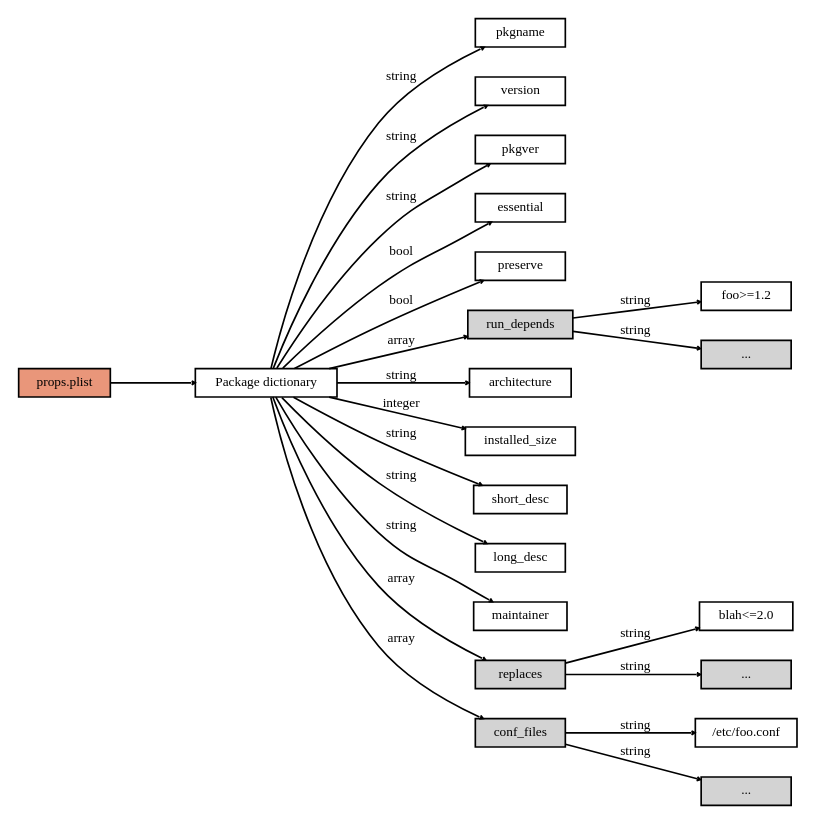
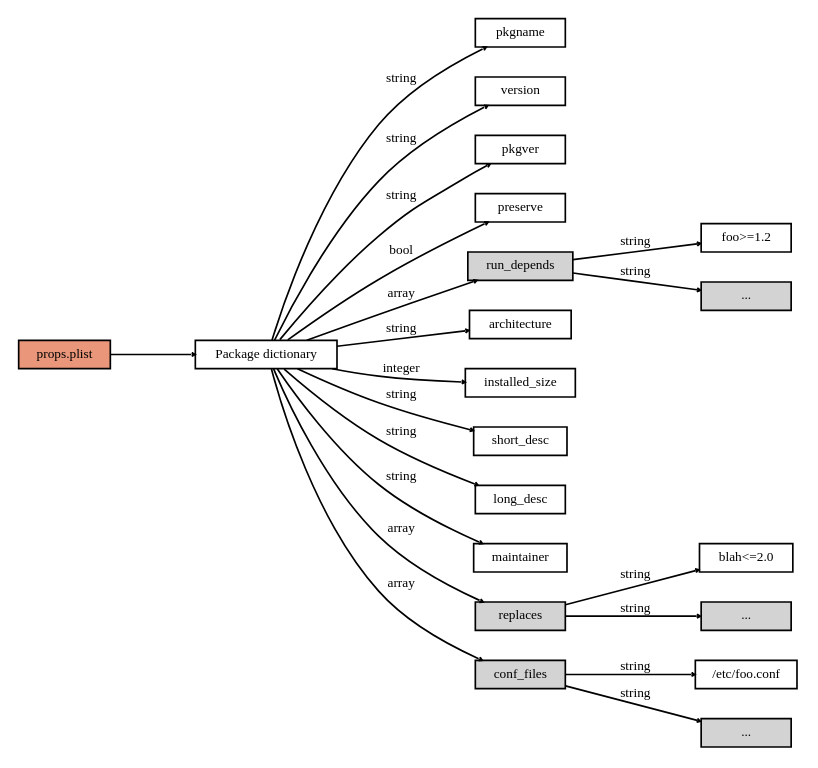
Before and after one commit to void-linux/xbps: the diagram in doc/xbps_pkg_props_dictionary.dot, drawn with Graphviz. The commit also changed 7 other files, not shown here.

```diff
--- a/doc/xbps_pkg_props_dictionary.dot
+++ b/doc/xbps_pkg_props_dictionary.dot
@@ -1,37 +1,36 @@
 digraph pkg_props_dictionary {
 	graph [rankdir=LR,ranksep="0.7"];
 	edge [arrowhead="vee",arrowsize="0.2",fontname="DejaVuSansCondensed",fontsize="8"];
 	node [height=".1",shape=box,fontname="DejaVuSansCondensed",fontsize="8"];
 	props_plist -> main;
 	props_plist [style=filled,fillcolor="darksalmon",label="props.plist"];
 	main [label="Package dictionary"];
 	main -> pkgname [label="string"];
 	main -> version [label="string"];
 	main -> pkgver [label="string"];
-	main -> essential [label="bool"];
 	main -> preserve [label="bool"];
 	main -> run_depends [label="array"];
 	run_depends [style=filled];
 	run_depends -> rundep1_string [label="string"];
 	run_depends -> rundep2_string [label="string"];
 	rundep1_string [label="foo>=1.2"];
 	rundep2_string [style=filled,label="..."];
 	main -> architecture [label="string"];
 	main -> instsize [label="integer"];
 	instsize [label="installed_size"];
 	main -> short_desc [label="string"]
 	main -> long_desc [label="string"];
 	main -> maintainer [label="string"];
 	main -> replaces [label="array"];
 	replaces [style=filled];
 	replaces -> replace1_string [label="string"];
 	replaces -> replace2_string [label="string"];
 	replace1_string [label="blah<=2.0"];
 	replace2_string [style=filled,label="..."];
 	main -> conf_files [label="array"];
 	conf_files [style=filled];
 	conf_files -> cffile1 [style=filled,label="string"];
 	conf_files -> cffile2 [style=filled,label="string"];
 	cffile1 [label="/etc/foo.conf"];
 	cffile2 [style=filled,label="..."];
 }
```
